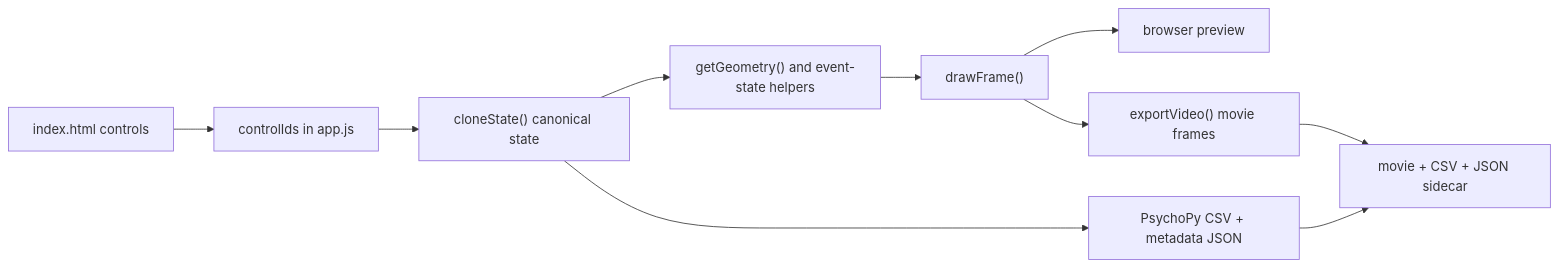
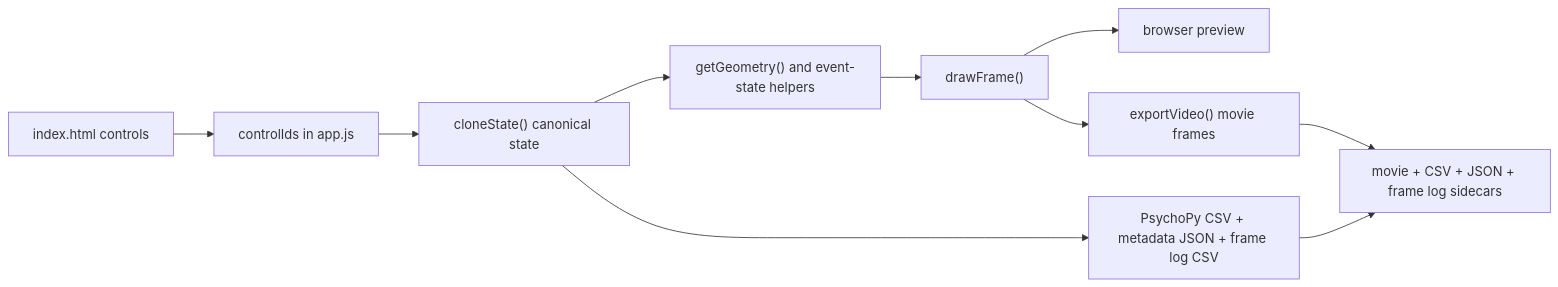
One commit to apronNet/Causal-Perception changed the first of 7 diagrams in FORKING_GUIDE.md. Above: the diagram before and after it, drawn with Mermaid. The commit also changed other lines of this file and 5 other files, not shown here.

````diff
--- a/FORKING_GUIDE.md
+++ b/FORKING_GUIDE.md
@@ -9,12 +9,12 @@
 ```mermaid
 flowchart LR
   Controls["index.html controls"] --> Registry["controlIds in app.js"]
   Registry --> State["cloneState() canonical state"]
   State --> Geometry["getGeometry() and event-state helpers"]
   Geometry --> Draw["drawFrame()"]
   Draw --> Preview["browser preview"]
   Draw --> Export["exportVideo() movie frames"]
-  State --> Records["PsychoPy CSV + metadata JSON"]
-  Export --> Artifacts["movie + CSV + JSON sidecar"]
+  State --> Records["PsychoPy CSV + metadata JSON + frame log CSV"]
+  Export --> Artifacts["movie + CSV + JSON + frame log sidecars"]
   Records --> Artifacts
 ```
````
